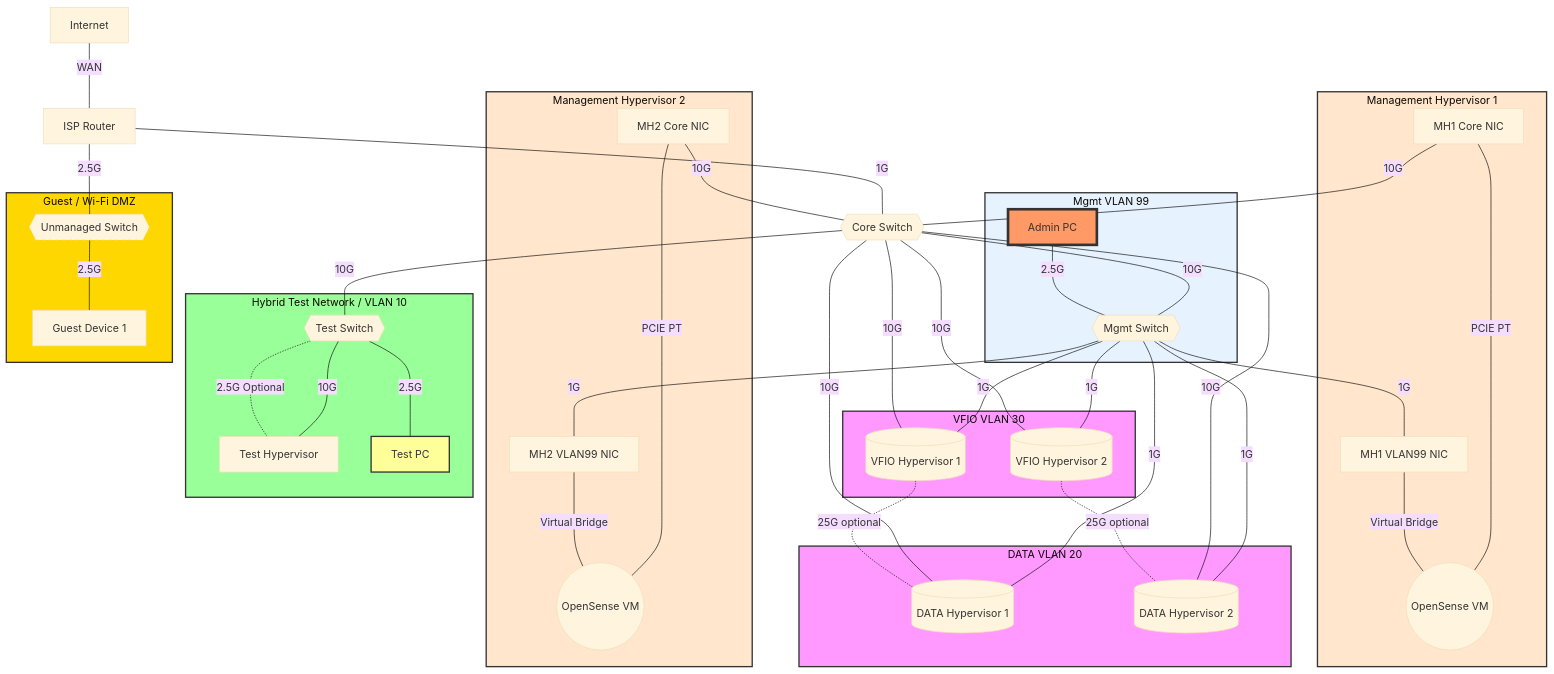
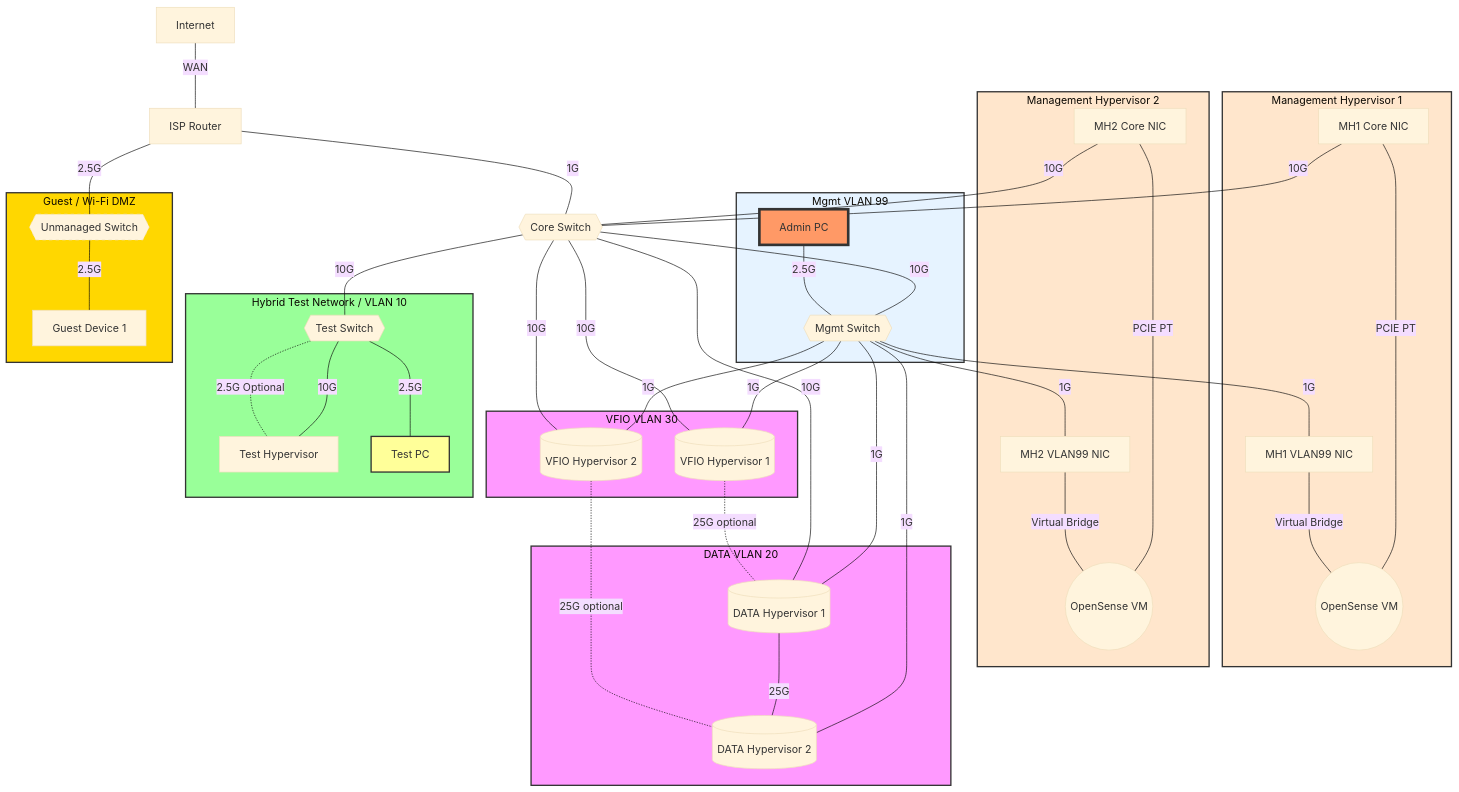
Before and after one commit to woeiru/lab: the diagram in alp/netop7.md, drawn with Mermaid (base theme).

Commit message:
alp/netop7.md: add 25G connection between data hypervisors

````diff
--- a/alp/netop7.md
+++ b/alp/netop7.md
@@ -3,74 +3,74 @@
 ```mermaid
 graph TD
     INT[Internet] --- |WAN| ISPR[ISP Router]
     ISPR --- |"1G"| CS{{Core Switch}}
     ISPR ---|"2.5G"| US{{Unmanaged Switch}}
     US ---|"2.5G"| GD[Guest Device 1]
     CS ---|"10G"| MS{{Mgmt Switch}}
     AP[Admin PC] ---|"2.5G"| MS
     MS ---|"1G"| MH1NIC3[MH1 VLAN99 NIC]
     MS ---|"1G"| MH2NIC3[MH2 VLAN99 NIC]
     MS ---|"1G"| DH1
     MS ---|"1G"| DH2
     MS ---|"1G"| VH1
     MS ---|"1G"| VH2
     MH1NIC2[MH1 Core NIC] ---|"10G"| CS
     MH2NIC2[MH2 Core NIC] ---|"10G"| CS
     CS ---|"10G"| DH1[(DATA Hypervisor 1)]
-    CS ---|"10G"| DH2[(DATA Hypervisor 2)]
+    DH1 ---|"25G"| DH2[(DATA Hypervisor 2)]
     CS ---|"10G"| VH1[(VFIO Hypervisor 1)]
     CS ---|"10G"| VH2[(VFIO Hypervisor 2)]
     VH1 -.-|"25G optional"| DH1
     VH2 -.-|"25G optional"| DH2
     CS ---|"10G"| TS{{Test Switch}}
     TS ---|"10G"| TH[Test Hypervisor]
     TS -.-|"2.5G Optional"| TH
     TS ---|"2.5G"| TM[Test PC]
     subgraph MH1[Management Hypervisor 1]
         MH1NIC2 ---|"PCIE PT"| OPN1((OpenSense VM))
         MH1NIC3 ---|"Virtual Bridge"| OPN1
     end
     subgraph MH2[Management Hypervisor 2]
         MH2NIC2 ---|"PCIE PT"| OPN2((OpenSense VM))
         MH2NIC3 ---|"Virtual Bridge"| OPN2
     end
     subgraph VLAN20 [DATA VLAN 20]
         DH1
         DH2
     end
     subgraph VLAN30 [VFIO VLAN 30]
         VH1
         VH2
     end
     subgraph VLAN10 [Hybrid Test Network / VLAN 10]
         TS
         TH
         TM
     end
     subgraph VLAN99 [Mgmt VLAN 99]
         MS
         AP
         MH1NIC3
         MH2NIC3
     end
     subgraph Guest [Guest / Wi-Fi DMZ]
         US
         GD
     end
     classDef vlan fill:#f9f,stroke:#333,stroke-width:2px;
     class VLAN20,VLAN30 vlan;
     classDef vlan99 fill:#e6f3ff,stroke:#333,stroke-width:2px;
     class VLAN99 vlan99;
     classDef hybridtestnet fill:#9f9,stroke:#333,stroke-width:2px;
     class VLAN10 hybridtestnet;
     classDef mghypervisor fill:#ffe6cc,stroke:#333,stroke-width:2px;
     class MH1,MH2 mghypervisor;
     classDef optional stroke-dasharray: 5 5;
     class US optional;
     classDef adminpc fill:#f96,stroke:#333,stroke-width:4px;
     class AP adminpc;
     classDef testmachine fill:#ff9,stroke:#333,stroke-width:2px;
     class TM testmachine;
     classDef dmz fill:#ffd700,stroke:#333,stroke-width:2px;
     class Guest dmz;
  ```
````
